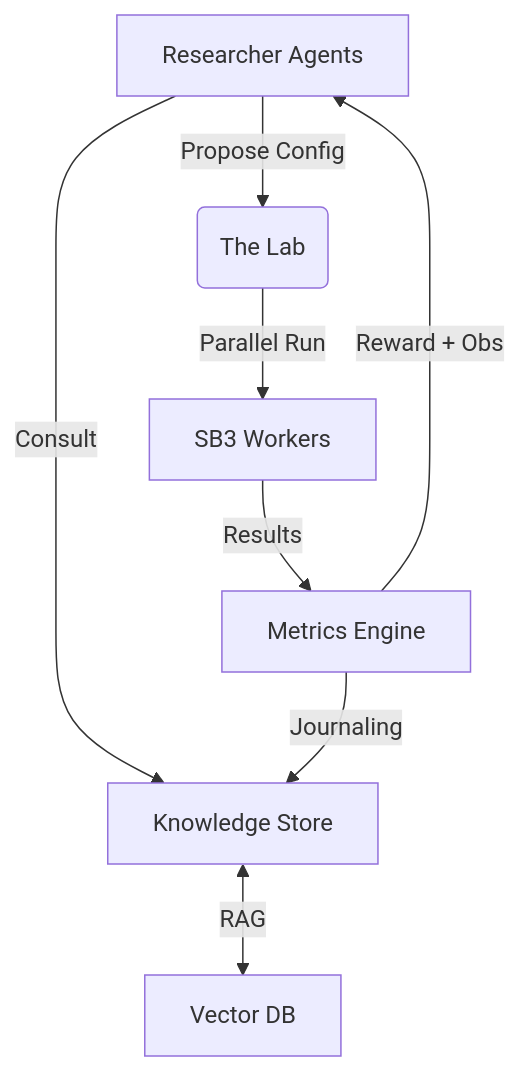
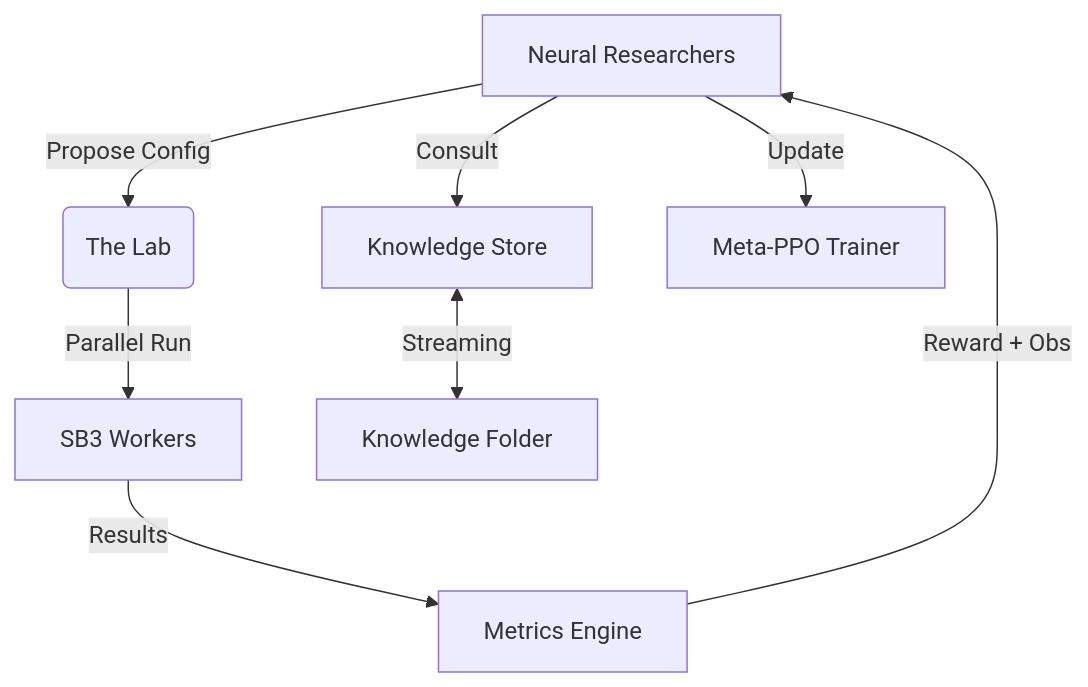
Before and after one commit to sirPhoebus/multi: the diagram in README.md, drawn with Mermaid. The commit also changed other lines of this file and 23 other files, not shown here.

````diff
--- a/README.md
+++ b/README.md
@@ -32,10 +31,10 @@
 ```mermaid
 graph TD
-    A[Researcher Agents] -->|Propose Config| B(The Lab)
+    A[Neural Researchers] -->|Propose Config| B(The Lab)
     B -->|Parallel Run| C[SB3 Workers]
     C -->|Results| D[Metrics Engine]
     D -->|Reward + Obs| A
     A -->|Consult| E[Knowledge Store]
-    E <-->|RAG| F[Vector DB]
-    D -->|Journaling| E
+    E <-->|Streaming| F[Knowledge Folder]
+    A -->|Update| G[Meta-PPO Trainer]
 ```
````
